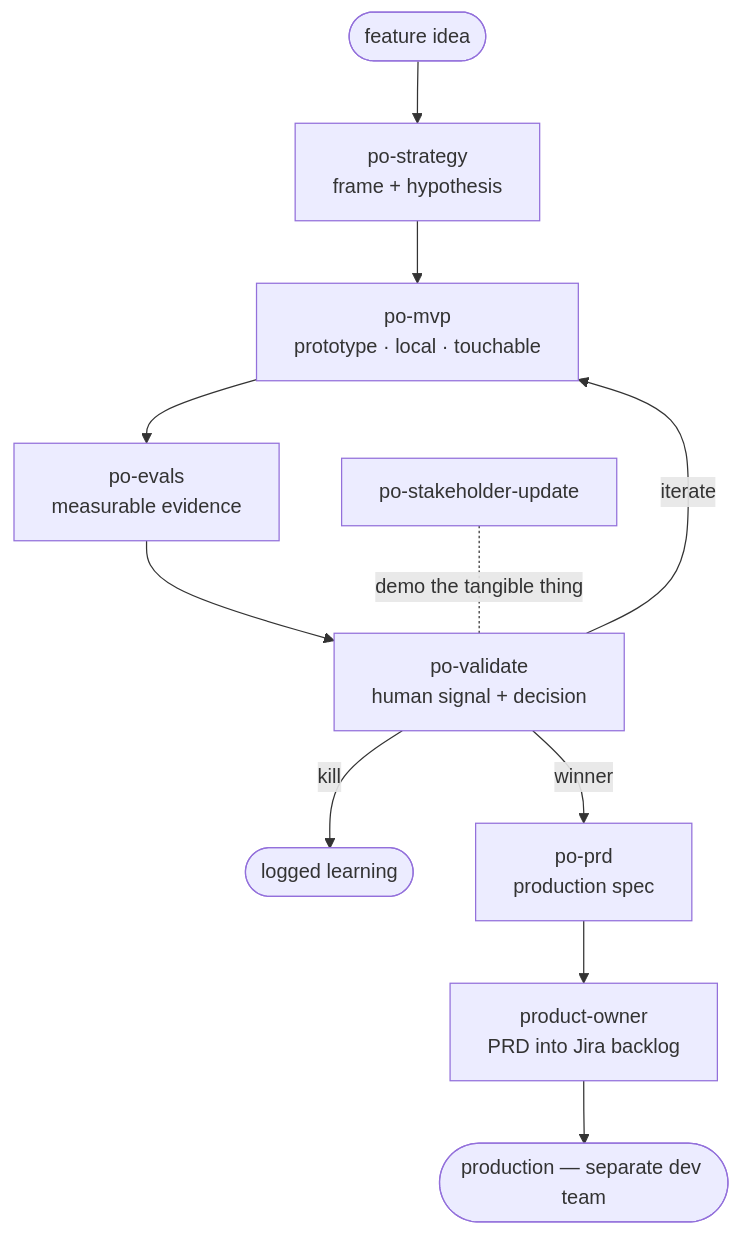
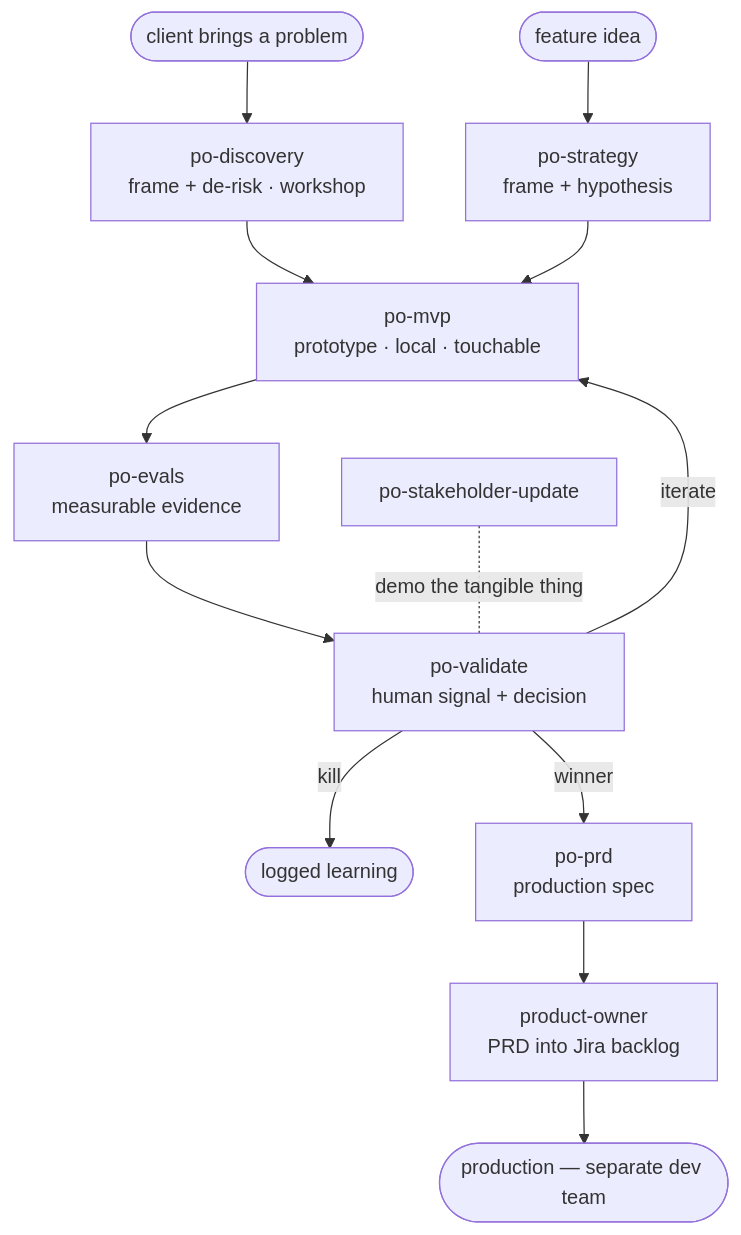
Before and after one commit to mateusz0909/ai-first-po-wf: the diagram in README.md, drawn with Mermaid. The commit also changed other lines of this file and 5 other files, not shown here.

First line of the commit message:
feat: add po-discovery skill (problem-given, client-facing workshops)

````diff
--- a/README.md
+++ b/README.md
@@ -72,13 +72,15 @@
 ```mermaid
 flowchart TD
+    client([client brings a problem]) --> D[po-discovery<br/>frame + de-risk · workshop]
     idea([feature idea]) --> S[po-strategy<br/>frame + hypothesis]
+    D --> M
     S --> M[po-mvp<br/>prototype · local · touchable]
     M --> E[po-evals<br/>measurable evidence]
     E --> V[po-validate<br/>human signal + decision]
     V -->|iterate| M
     V -->|kill| K([logged learning])
     V -->|winner| P[po-prd<br/>production spec]
     P --> B[product-owner<br/>PRD into Jira backlog]
     B --> PR([production — separate dev team])
     U[po-stakeholder-update] -.demo the tangible thing.- V
 ```
````
